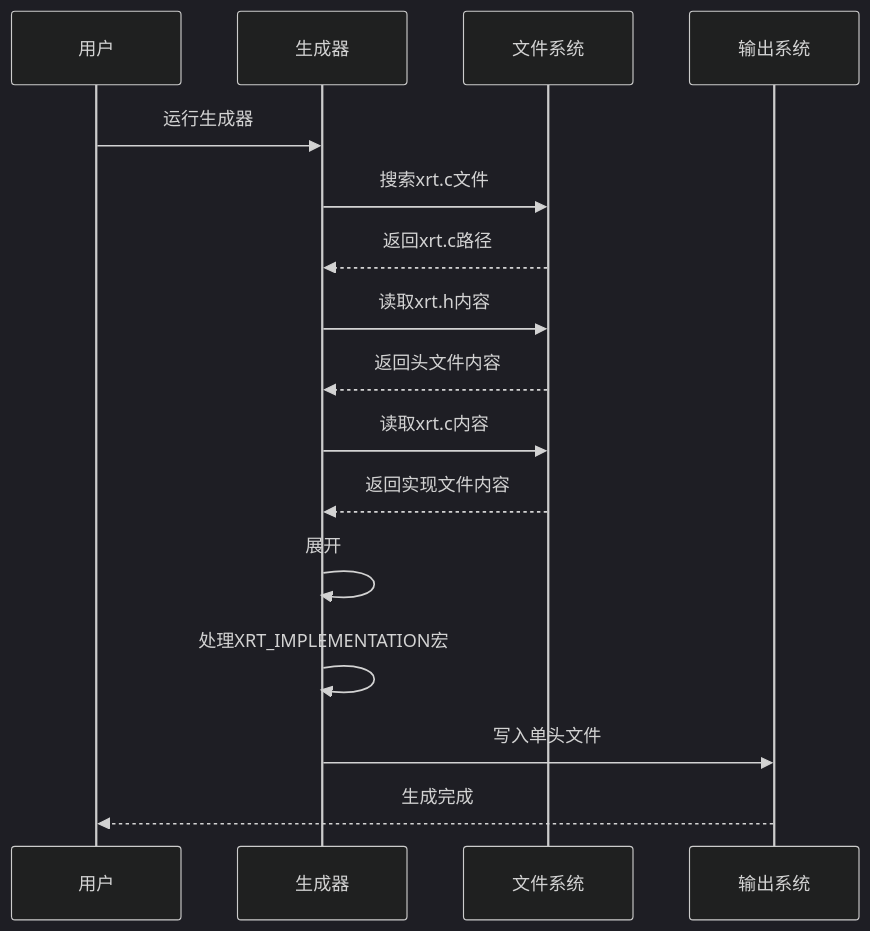
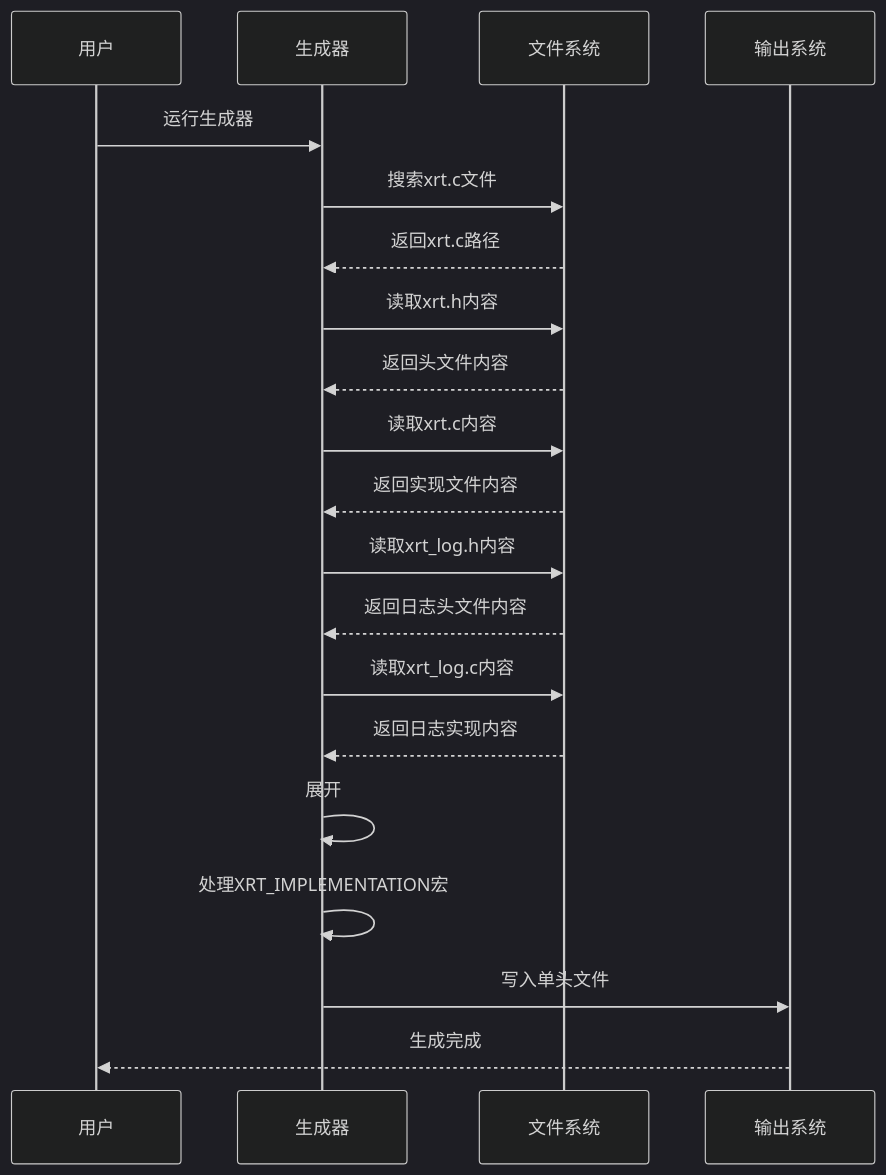
The fifth of 9 diagrams in .qoder/repowiki/zh/content/构建与部署/单头文件分发系统.md (xywhsoft/xrt), drawn with Mermaid (dark theme) before and after one commit. The commit also changed other lines of this file and 18 other files, not shown here.

````diff
--- a/.qoder/repowiki/zh/content/构建与部署/单头文件分发系统.md
+++ b/.qoder/repowiki/zh/content/构建与部署/单头文件分发系统.md
@@ -195,18 +432,22 @@
 ```mermaid
 sequenceDiagram
 participant U as 用户
 participant G as 生成器
 participant F as 文件系统
 participant O as 输出系统
 U->>G : 运行生成器
 G->>F : 搜索xrt.c文件
 F-->>G : 返回xrt.c路径
 G->>F : 读取xrt.h内容
 F-->>G : 返回头文件内容
 G->>F : 读取xrt.c内容
 F-->>G : 返回实现文件内容
+G->>F : 读取xrt_log.h内容
+F-->>G : 返回日志头文件内容
+G->>F : 读取xrt_log.c内容
+F-->>G : 返回日志实现内容
 G->>G : 展开#include依赖
 G->>G : 处理XRT_IMPLEMENTATION宏
 G->>O : 写入单头文件
 O-->>U : 生成完成
 ```
````
